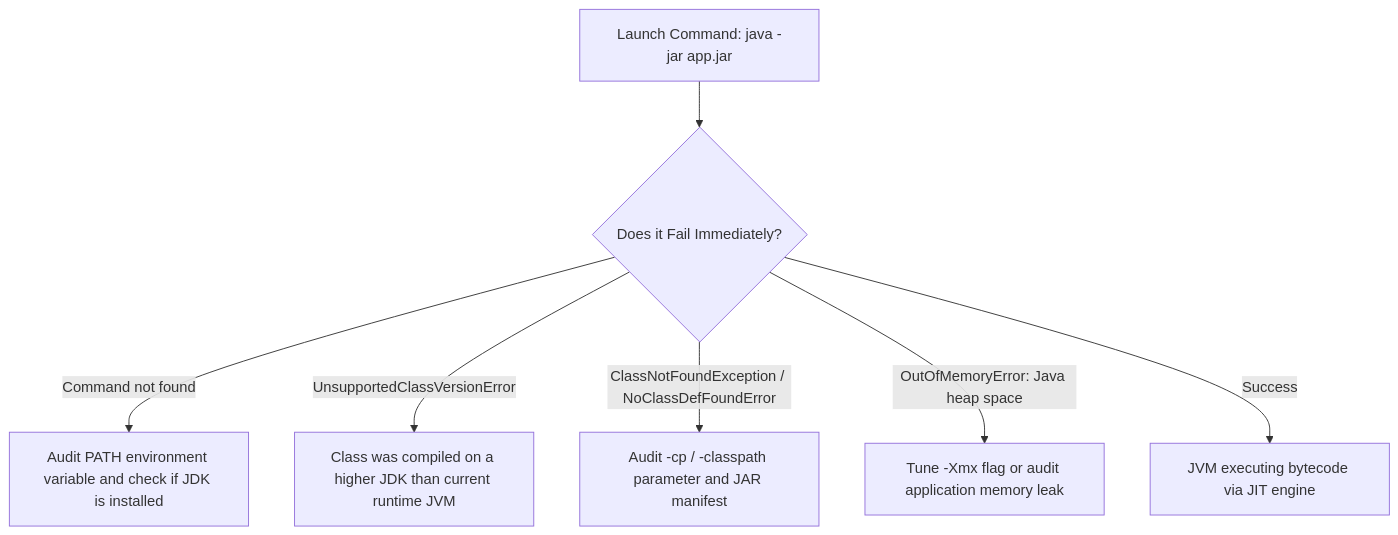
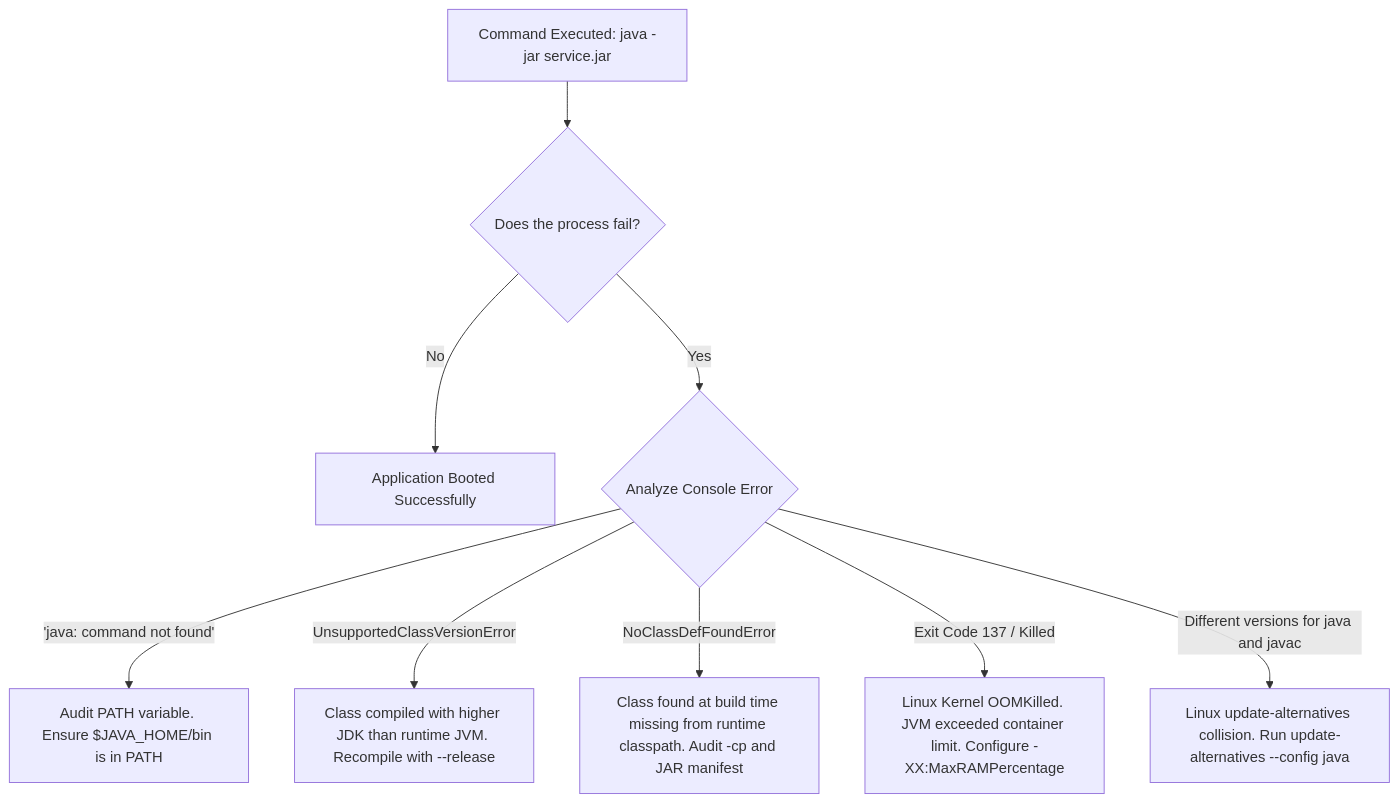
One commit to prasant-0n/java changed the third of 3 diagrams in curriculum/phase-00-development-environment-java-execution/001-jdk-jre-jvm.md. Above: the diagram before and after it, drawn with Mermaid. The commit also changed other lines of this file, not shown here.

Commit message:
Expand P00-C001 into exhaustive deep dive: filesystem anatomy, memory architecture, cgroups, tiered compilation

````diff
--- a/curriculum/phase-00-development-environment-java-execution/001-jdk-jre-jvm.md
+++ b/curriculum/phase-00-development-environment-java-execution/001-jdk-jre-jvm.md
@@ -398,9 +689,12 @@
 ```mermaid
 flowchart TD
-    A[Launch Command: java -jar app.jar] --> B{Does it Fail Immediately?}
-    B -->|Command not found| C[Audit PATH environment variable and check if JDK is installed]
-    B -->|UnsupportedClassVersionError| D[Class was compiled on a higher JDK than current runtime JVM]
-    B -->|ClassNotFoundException / NoClassDefFoundError| E[Audit -cp / -classpath parameter and JAR manifest]
-    B -->|OutOfMemoryError: Java heap space| F[Tune -Xmx flag or audit application memory leak]
-    B -->|Success| G[JVM executing bytecode via JIT engine]
+    Start[Command Executed: java -jar service.jar] --> CheckErr{Does the process fail?}
+    CheckErr -->|No| Success[Application Booted Successfully]
+    CheckErr -->|Yes| AnalyzeMsg{Analyze Console Error}
+    
+    AnalyzeMsg -->|'java: command not found'| FixPath[Audit PATH variable. Ensure $JAVA_HOME/bin is in PATH]
+    AnalyzeMsg -->|UnsupportedClassVersionError| CheckVersion[Class compiled with higher JDK than runtime JVM. Recompile with --release]
+    AnalyzeMsg -->|NoClassDefFoundError| CheckCP[Class found at build time missing from runtime classpath. Audit -cp and JAR manifest]
+    AnalyzeMsg -->|Exit Code 137 / Killed| CheckOOM[Linux Kernel OOMKilled. JVM exceeded container limit. Configure -XX:MaxRAMPercentage]
+    AnalyzeMsg -->|Different versions for java and javac| FixAlternatives[Linux update-alternatives collision. Run update-alternatives --config java]
 ```
````
